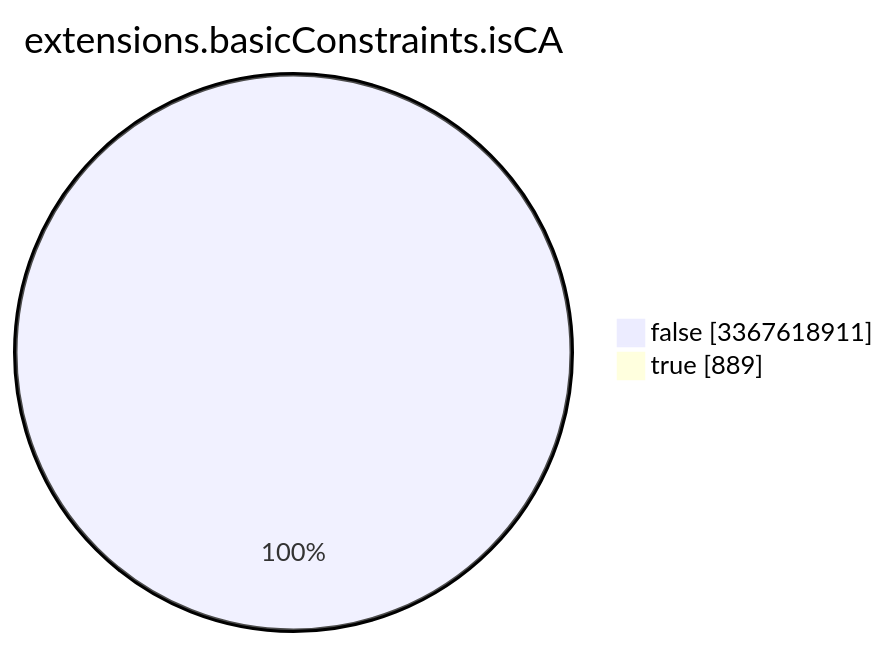
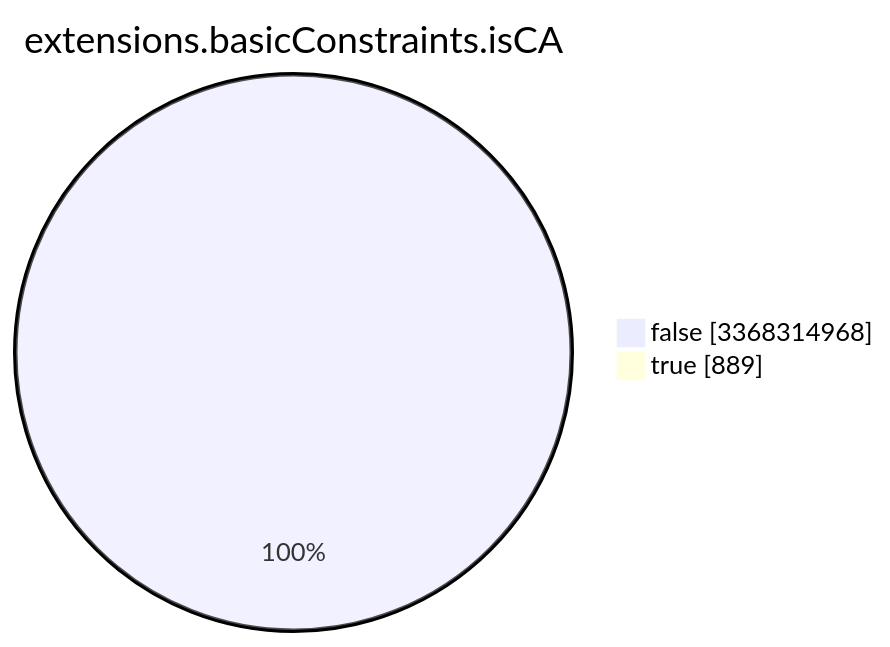
The seventh of 15 diagrams in TOTAL/README.md (christiankrug/ctmonitor_visualization), drawn with Mermaid before and after one commit. The commit also changed other lines of this file, not shown here.

````diff
--- a/TOTAL/README.md
+++ b/TOTAL/README.md
@@ -3090,6 +3090,6 @@
 ```mermaid
 pie showData
 title extensions.basicConstraints.isCA
-"false" :3367618911
+"false" :3368314968
 "true" :889
 ```
````
